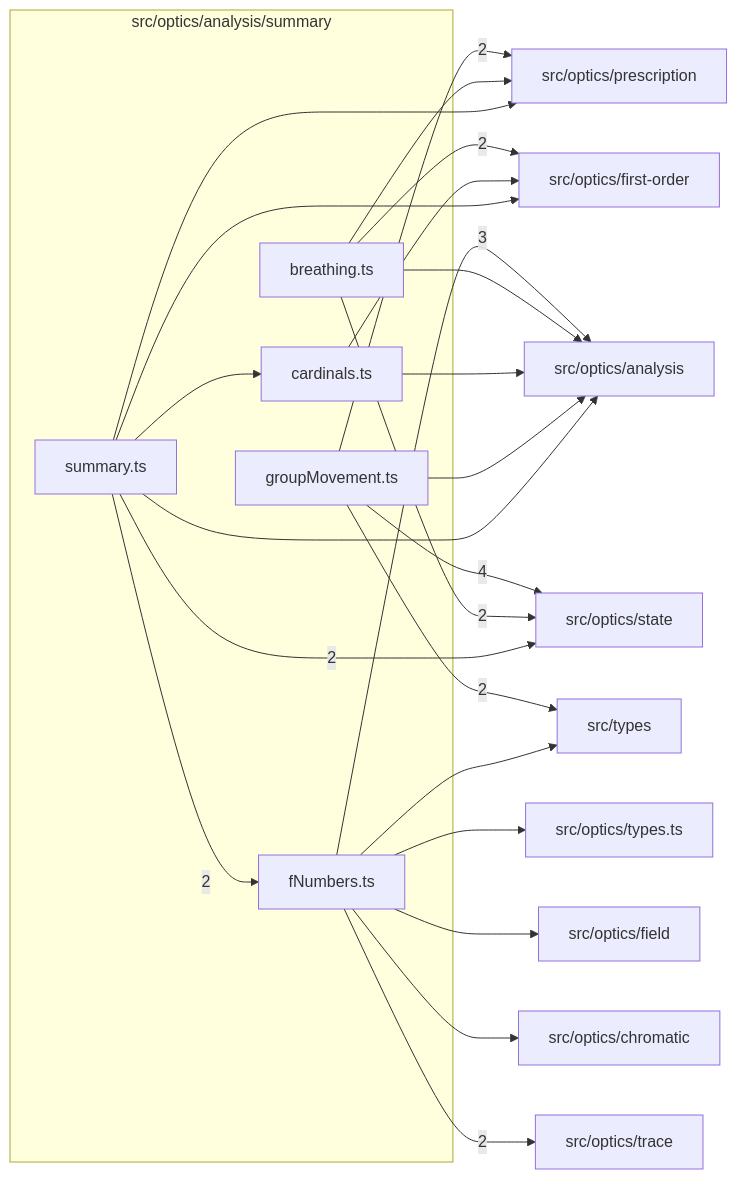
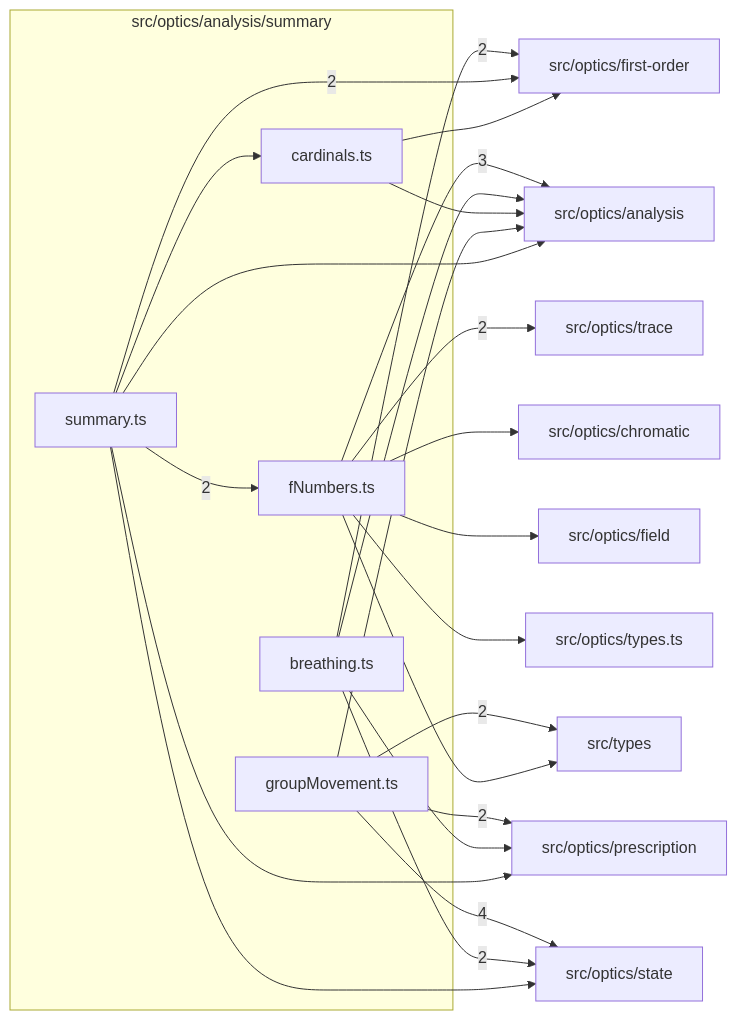
One commit to ronbuening/LensVisualizer changed the diagram in src/optics/analysis/summary/readme.md. Above: the diagram before and after it, drawn with Mermaid. The commit also changed other lines of this file and 15 other files, not shown here.

````diff
--- a/src/optics/analysis/summary/readme.md
+++ b/src/optics/analysis/summary/readme.md
@@ -9,41 +9,41 @@
 ```mermaid
 flowchart LR
   subgraph n_src_optics_analysis_summary["src/optics/analysis/summary"]
     n_src_optics_analysis_summary_src_optics_analysis_summary_breathing_ts["breathing.ts"]
     n_src_optics_analysis_summary_src_optics_analysis_summary_cardinals_ts["cardinals.ts"]
     n_src_optics_analysis_summary_src_optics_analysis_summary_fNumbers_ts["fNumbers.ts"]
     n_src_optics_analysis_summary_src_optics_analysis_summary_groupMovement_ts["groupMovement.ts"]
     n_src_optics_analysis_summary_src_optics_analysis_summary_summary_ts["summary.ts"]
   end
   n_external_src_optics_state["src/optics/state"]
   n_external_src_optics_analysis["src/optics/analysis"]
   n_external_src_optics_first_order["src/optics/first-order"]
   n_external_src_optics_prescription["src/optics/prescription"]
   n_external_src_optics_trace["src/optics/trace"]
   n_external_src_types["src/types"]
   n_external_src_optics_chromatic["src/optics/chromatic"]
   n_external_src_optics_field["src/optics/field"]
   n_external_src_optics_types_ts["src/optics/types.ts"]
   n_src_optics_analysis_summary_src_optics_analysis_summary_groupMovement_ts --> |4| n_external_src_optics_state
   n_src_optics_analysis_summary_src_optics_analysis_summary_fNumbers_ts --> |3| n_external_src_optics_analysis
   n_src_optics_analysis_summary_src_optics_analysis_summary_breathing_ts --> |2| n_external_src_optics_first_order
+  n_src_optics_analysis_summary_src_optics_analysis_summary_summary_ts --> |2| n_external_src_optics_first_order
   n_src_optics_analysis_summary_src_optics_analysis_summary_groupMovement_ts --> |2| n_external_src_optics_prescription
   n_src_optics_analysis_summary_src_optics_analysis_summary_breathing_ts --> |2| n_external_src_optics_state
-  n_src_optics_analysis_summary_src_optics_analysis_summary_summary_ts --> |2| n_external_src_optics_state
   n_src_optics_analysis_summary_src_optics_analysis_summary_fNumbers_ts --> |2| n_external_src_optics_trace
   n_src_optics_analysis_summary_src_optics_analysis_summary_groupMovement_ts --> |2| n_external_src_types
   n_src_optics_analysis_summary_src_optics_analysis_summary_summary_ts --> |2| n_src_optics_analysis_summary_src_optics_analysis_summary_fNumbers_ts
   n_src_optics_analysis_summary_src_optics_analysis_summary_breathing_ts --> n_external_src_optics_analysis
   n_src_optics_analysis_summary_src_optics_analysis_summary_cardinals_ts --> n_external_src_optics_analysis
   n_src_optics_analysis_summary_src_optics_analysis_summary_groupMovement_ts --> n_external_src_optics_analysis
   n_src_optics_analysis_summary_src_optics_analysis_summary_summary_ts --> n_external_src_optics_analysis
   n_src_optics_analysis_summary_src_optics_analysis_summary_fNumbers_ts --> n_external_src_optics_chromatic
   n_src_optics_analysis_summary_src_optics_analysis_summary_fNumbers_ts --> n_external_src_optics_field
   n_src_optics_analysis_summary_src_optics_analysis_summary_cardinals_ts --> n_external_src_optics_first_order
-  n_src_optics_analysis_summary_src_optics_analysis_summary_summary_ts --> n_external_src_optics_first_order
   n_src_optics_analysis_summary_src_optics_analysis_summary_breathing_ts --> n_external_src_optics_prescription
   n_src_optics_analysis_summary_src_optics_analysis_summary_summary_ts --> n_external_src_optics_prescription
+  n_src_optics_analysis_summary_src_optics_analysis_summary_summary_ts --> n_external_src_optics_state
   n_src_optics_analysis_summary_src_optics_analysis_summary_fNumbers_ts --> n_external_src_optics_types_ts
   n_src_optics_analysis_summary_src_optics_analysis_summary_fNumbers_ts --> n_external_src_types
   n_src_optics_analysis_summary_src_optics_analysis_summary_summary_ts --> n_src_optics_analysis_summary_src_optics_analysis_summary_cardinals_ts
 ```
````
